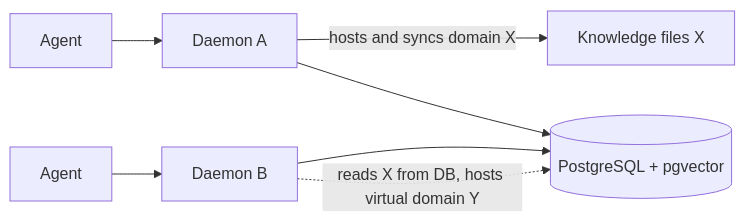
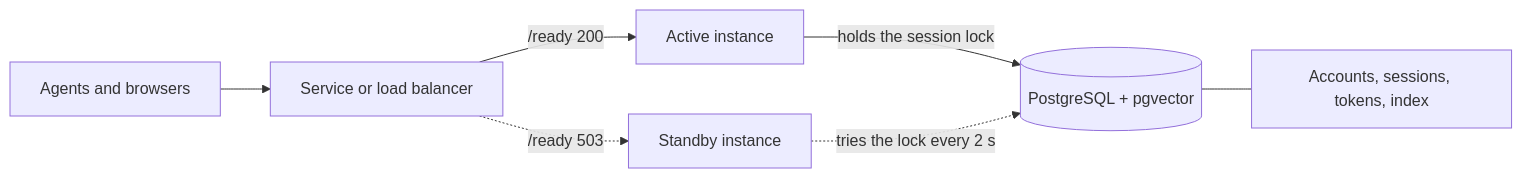
The tenth of 20 diagrams in docs/deployment.md (jordiboehme/crystalline), drawn with Mermaid before and after one commit. The commit also changed other lines of this file and 7 other files, not shown here.

Commit message:
docs: run on PostgreSQL with one active instance, the standby, the CLI rule and a Kubernetes snippet

````diff
--- a/docs/deployment.md
+++ b/docs/deployment.md
@@ -316,9 +332,9 @@
 ```mermaid
 flowchart LR
-    A1[Agent] --> D1[Daemon A]
-    A2[Agent] --> D2[Daemon B]
-    D1 -->|hosts and syncs domain X| K[Knowledge files X]
-    D1 --> PG[(PostgreSQL + pgvector)]
-    D2 --> PG
-    D2 -.->|reads X from DB, hosts virtual domain Y| PG
+    A[Agents and browsers] --> LB[Service or load balancer]
+    LB -->|/ready 200| ACT[Active instance]
+    LB -.->|/ready 503| SB[Standby instance]
+    ACT -->|holds the session lock| PG[(PostgreSQL + pgvector)]
+    SB -.->|tries the lock every 2 s| PG
+    PG --- ST[Accounts, sessions, tokens, index]
 ```
````
